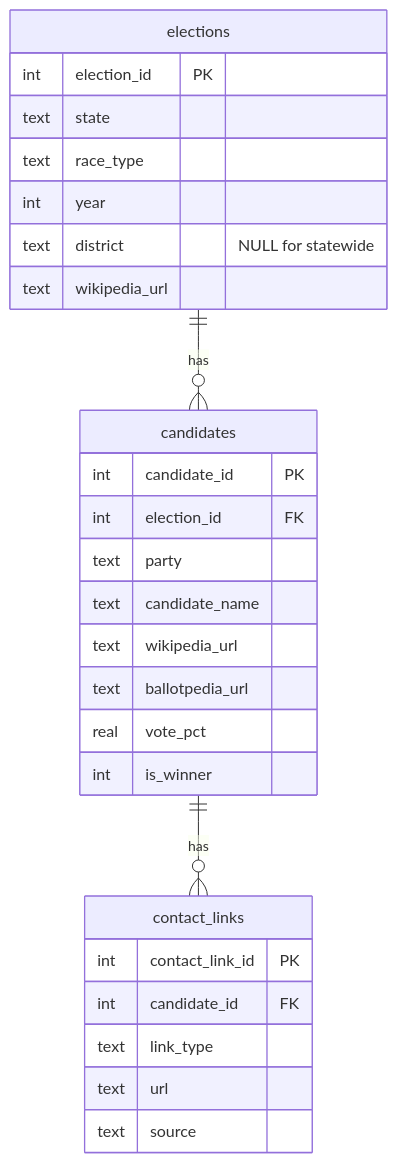
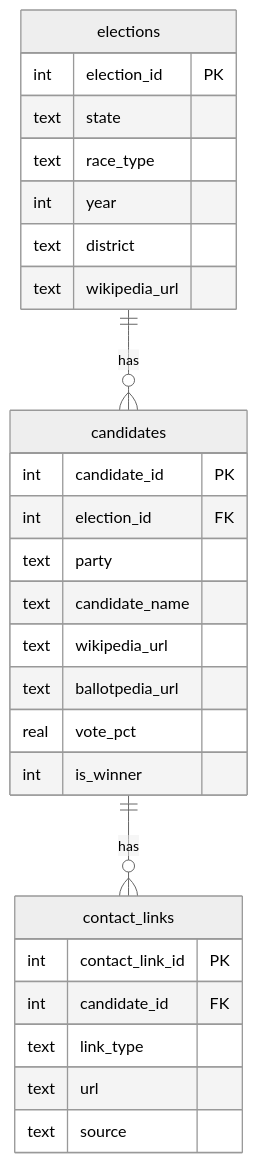
One commit to WeberLab-UW/campLinks changed the diagram in README.md. Above: the diagram before and after it, drawn with Mermaid. The commit also changed other lines of this file, not shown here.

Commit message:
update mermaid diagram to neutral bc why no render?

````diff
--- a/README.md
+++ b/README.md
@@ -7,33 +7,37 @@
 ```mermaid
+---
+config:
+  theme: neutral
+---
 erDiagram
-    elections ||--o{ candidates : "has"
-    candidates ||--o{ contact_links : "has"
+    elections ||--o{ candidates : has
+    candidates ||--o{ contact_links : has
 
     elections {
         int election_id PK
         text state
         text race_type
         int year
-        text district "NULL for statewide"
+        text district
         text wikipedia_url
     }
 
     candidates {
         int candidate_id PK
         int election_id FK
         text party
         text candidate_name
         text wikipedia_url
         text ballotpedia_url
         real vote_pct
         int is_winner
     }
 
     contact_links {
         int contact_link_id PK
         int candidate_id FK
         text link_type
         text url
         text source
     }
 ```
````
